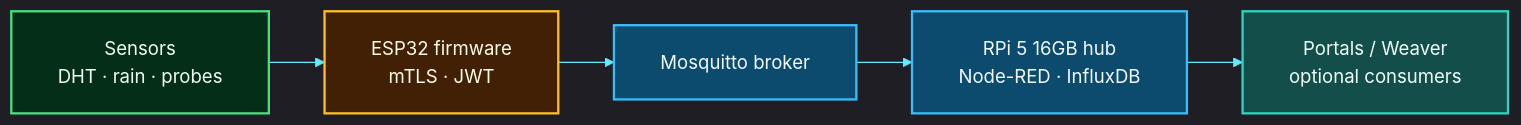
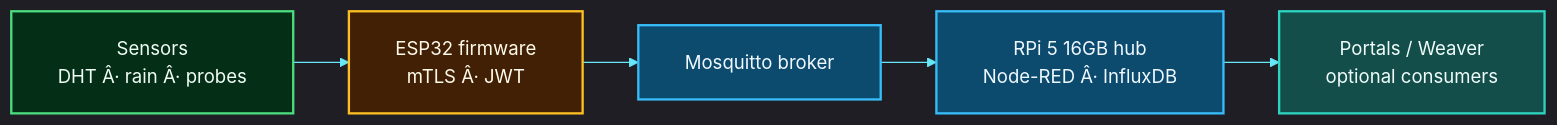
One commit to fivepanelhat/Sovereign-Edge-Firmware changed the diagram in README.md. Above: the diagram before and after it, drawn with Mermaid. The commit also changed other lines of this file and 8 other files, not shown here.

````diff
--- a/README.md
+++ b/README.md
@@ -44,44 +61,44 @@
 ```mermaid
 %%{init: {
   "theme": "dark",
   "themeVariables": {
     "fontSize": "16px",
     "fontFamily": "Inter, ui-sans-serif, system-ui, sans-serif",
     "primaryColor": "#0ea5e9",
     "primaryTextColor": "#f8fafc",
     "primaryBorderColor": "#38bdf8",
     "lineColor": "#67e8f9",
     "secondaryColor": "#1e293b",
     "tertiaryColor": "#0f172a",
     "clusterBkg": "#0b1220cc",
     "clusterBorder": "#38bdf880",
     "titleColor": "#e2e8f0"
   },
   "flowchart": {
     "nodeSpacing": 40,
     "rankSpacing": 48,
     "padding": 20,
     "htmlLabels": true,
     "curve": "basis"
   }
 }}%%
 flowchart LR
 
     classDef sense fill:#052e16,stroke:#4ade80,stroke-width:2px,color:#f0fdf4
     classDef edge fill:#0c4a6e,stroke:#38bdf8,stroke-width:2px,color:#f0f9ff
     classDef core fill:#134e4a,stroke:#2dd4bf,stroke-width:2px,color:#f0fdfa
     classDef act fill:#422006,stroke:#fbbf24,stroke-width:2px,color:#fffbeb
     classDef store fill:#1e1b4b,stroke:#a5b4fc,stroke-width:2px,color:#eef2ff
     classDef ai fill:#3b0764,stroke:#e879f9,stroke-width:2px,color:#fdf4ff
     classDef app fill:#1e1b4b,stroke:#c4b5fd,stroke-width:2px,color:#eef2ff
 
-    S["Sensors<br/>DHT · rain · probes"] --> ESP["ESP32 firmware<br/>mTLS · JWT"]
+    S["Sensors<br/>DHT Â· rain Â· probes"] --> ESP["ESP32 firmware<br/>mTLS Â· JWT"]
     ESP --> MQTT["Mosquitto broker"]
-    MQTT --> PI["RPi 5 16GB hub<br/>Node-RED · InfluxDB"]
+    MQTT --> PI["RPi 5 16GB hub<br/>Node-RED Â· InfluxDB"]
     PI --> PORTAL["Portals / Weaver<br/>optional consumers"]
 
     class S sense
     class ESP act
     class MQTT,PI edge
     class PORTAL core
 ```
````
